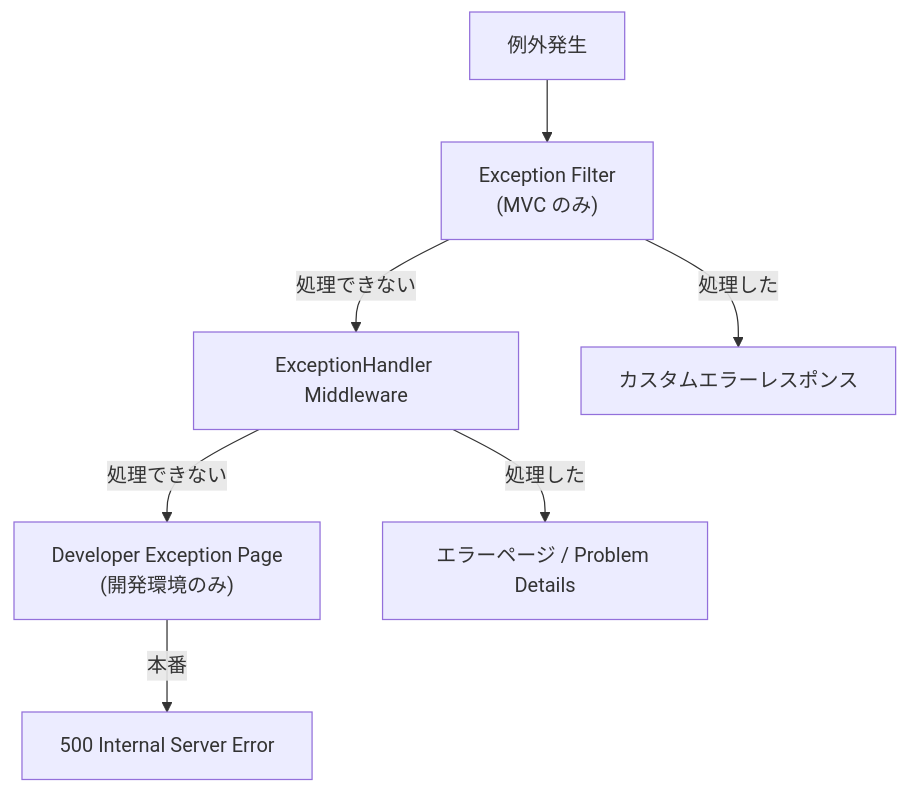
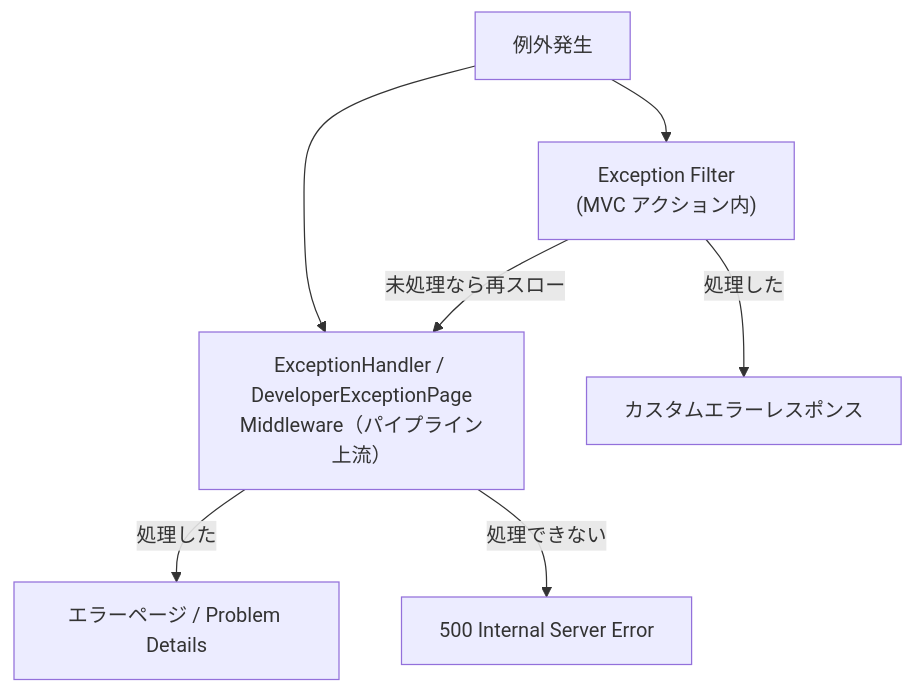
Before and after one commit to yoichiozaki/yoichiozaki.github.io: diagram 18 of 20 in content/blog/ja/aspnet-core-architecture.mdx, drawn with Mermaid. The commit also changed other lines of this file and 88 other files, not shown here.

````diff
--- a/content/blog/ja/aspnet-core-architecture.mdx
+++ b/content/blog/ja/aspnet-core-architecture.mdx
@@ -938,11 +938,10 @@
 ```mermaid
 graph TD
     Ex["例外発生"]
-    Ex --> Filter["Exception Filter<br/>(MVC のみ)"]
-    Filter -->|処理できない| MW["ExceptionHandler Middleware"]
-    MW -->|処理できない| DeveloperPage["Developer Exception Page<br/>(開発環境のみ)"]
-    DeveloperPage -->|本番| Generic["500 Internal Server Error"]
-
+    Ex --> Filter["Exception Filter<br/>(MVC アクション内)"]
+    Ex --> MW["ExceptionHandler / DeveloperExceptionPage<br/>Middleware（パイプライン上流）"]
     Filter -->|処理した| Result1["カスタムエラーレスポンス"]
+    Filter -->|未処理なら再スロー| MW
     MW -->|処理した| Result2["エラーページ / Problem Details"]
+    MW -->|処理できない| Generic["500 Internal Server Error"]
 ```
````
